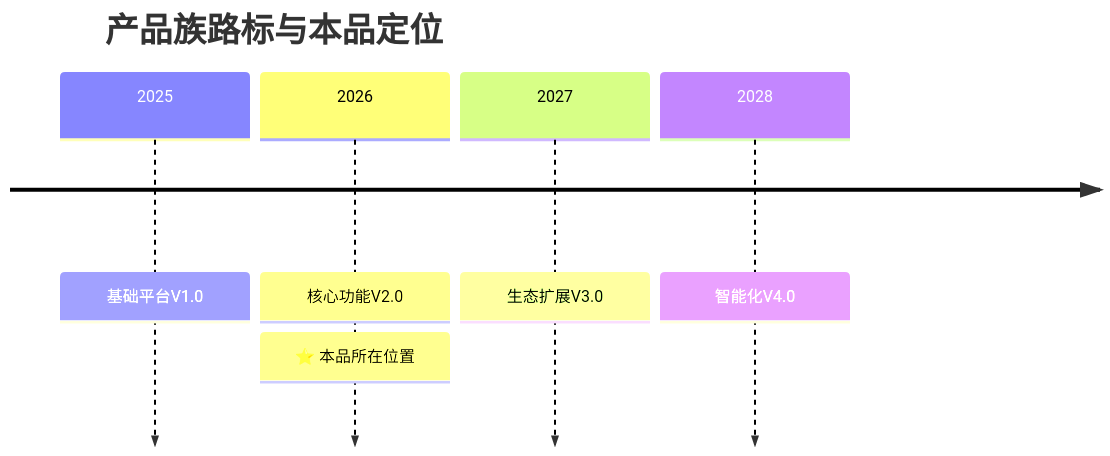
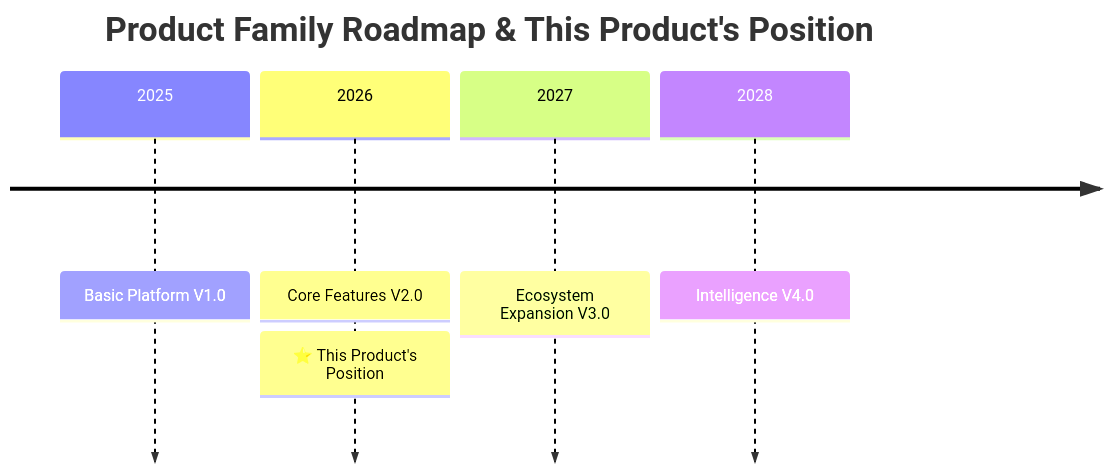
Before and after one commit to Kirky-X/cangjie: the third of 11 diagrams in templates/产品/战略层/【模板】项目任务书.md, drawn with Mermaid. The commit also changed other lines of this file and 12 other files, not shown here.

````diff
--- a/templates/产品/战略层/【模板】项目任务书.md
+++ b/templates/产品/战略层/【模板】项目任务书.md
@@ -190,8 +190,8 @@
 ```mermaid
 timeline
-    title 产品族路标与本品定位
-    2025 : 基础平台V1.0
-    2026 : 核心功能V2.0 : ⭐ 本品所在位置
-    2027 : 生态扩展V3.0
-    2028 : 智能化V4.0
+    title Product Family Roadmap & This Product's Position
+    2025 : Basic Platform V1.0
+    2026 : Core Features V2.0 : ⭐ This Product's Position
+    2027 : Ecosystem Expansion V3.0
+    2028 : Intelligence V4.0
 ```
````
